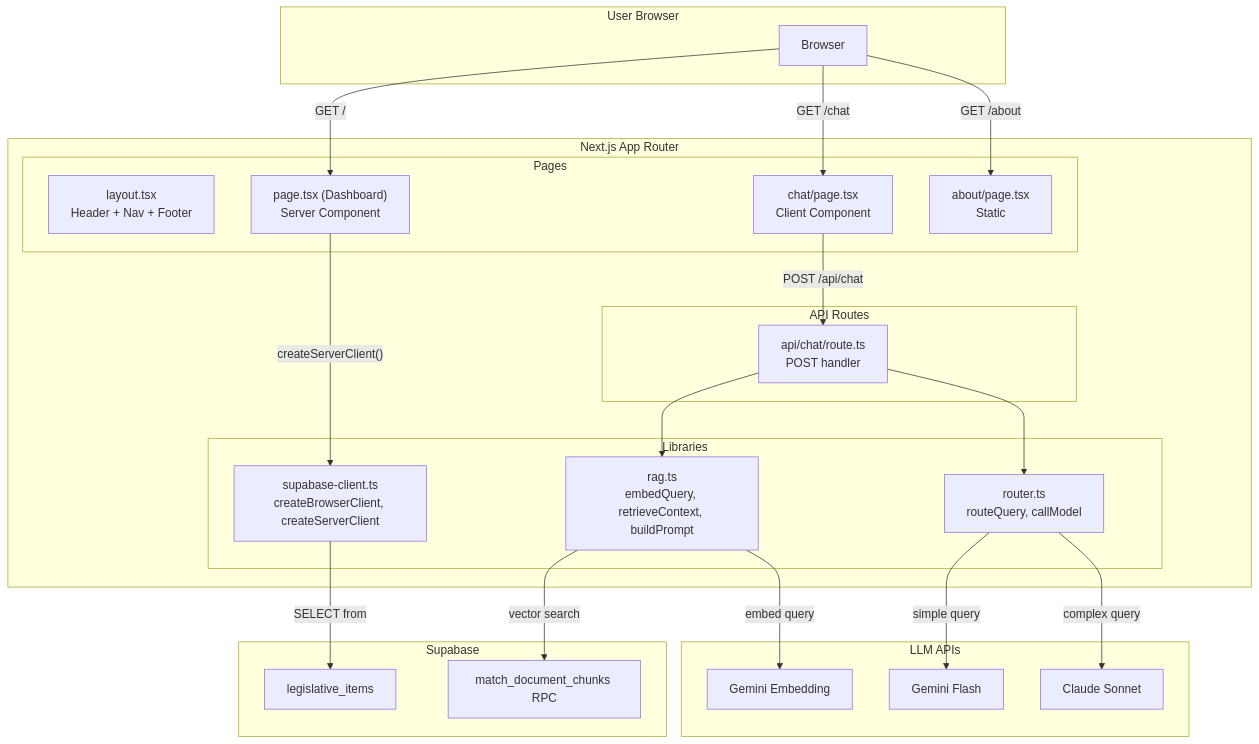
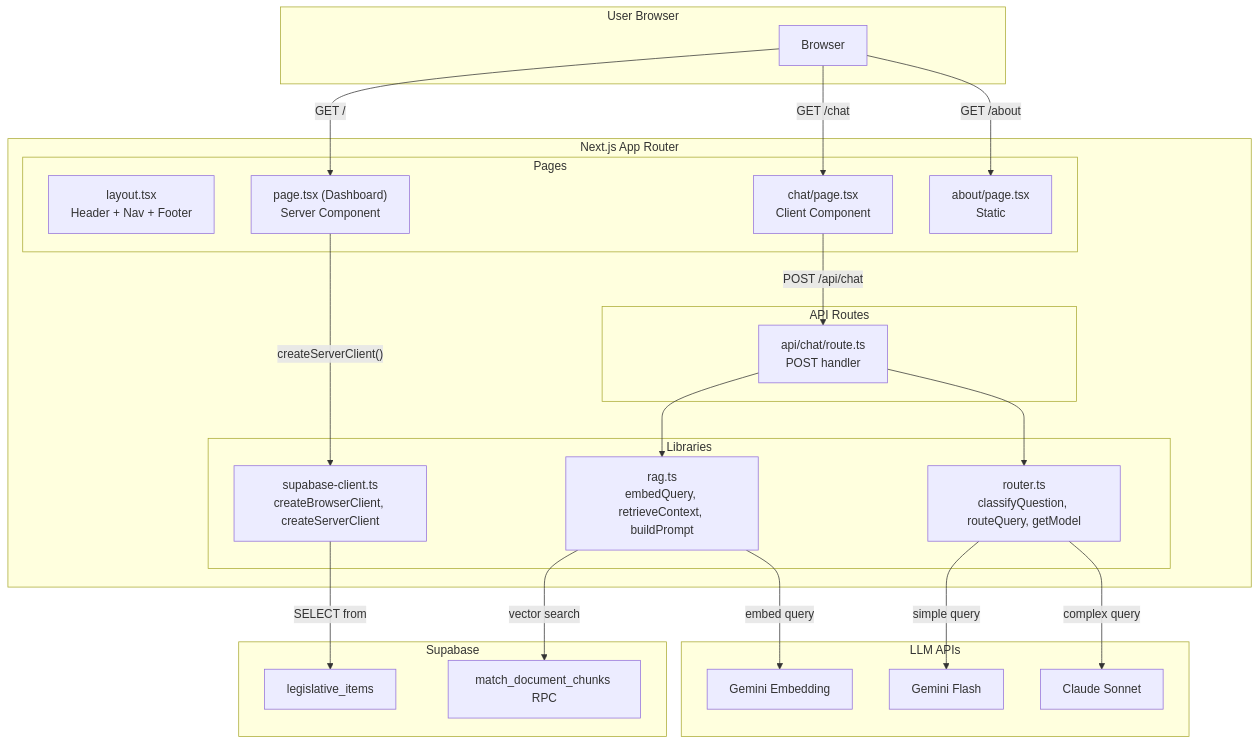
Before and after one commit to t0sche/civic-lens: the fourth of 7 diagrams in docs/LOGIC_FLOW.md, drawn with Mermaid. The commit also changed other lines of this file and 7 other files, not shown here.

````diff
--- a/docs/LOGIC_FLOW.md
+++ b/docs/LOGIC_FLOW.md
@@ -425,51 +425,51 @@
 ```mermaid
 flowchart TB
     subgraph User["User Browser"]
         BROWSER[Browser]
     end
 
     subgraph NextJS["Next.js App Router"]
         subgraph Pages["Pages"]
             LAYOUT["layout.tsx<br/>Header + Nav + Footer"]
             DASH_PAGE["page.tsx (Dashboard)<br/>Server Component"]
             CHAT_PAGE["chat/page.tsx<br/>Client Component"]
             ABOUT["about/page.tsx<br/>Static"]
         end
 
         subgraph APIRoutes["API Routes"]
             CHAT_API["api/chat/route.ts<br/>POST handler"]
         end
 
         subgraph Lib["Libraries"]
             RAG["rag.ts<br/>embedQuery, retrieveContext, buildPrompt"]
-            ROUTER["router.ts<br/>routeQuery, callModel"]
+            ROUTER["router.ts<br/>classifyQuestion, routeQuery, getModel"]
             SB_CLIENT["supabase-client.ts<br/>createBrowserClient, createServerClient"]
         end
     end
 
     subgraph Supabase["Supabase"]
         LI_TABLE[legislative_items]
         RPC["match_document_chunks RPC"]
     end
 
     subgraph LLMs["LLM APIs"]
         GEMINI_E[Gemini Embedding]
         GEMINI_G[Gemini Flash]
         CLAUDE_S[Claude Sonnet]
     end
 
     BROWSER -->|"GET /"| DASH_PAGE
     BROWSER -->|"GET /chat"| CHAT_PAGE
     BROWSER -->|"GET /about"| ABOUT
 
     DASH_PAGE -->|"createServerClient()"| SB_CLIENT
     SB_CLIENT -->|"SELECT from"| LI_TABLE
 
     CHAT_PAGE -->|"POST /api/chat"| CHAT_API
     CHAT_API --> RAG
     RAG -->|"embed query"| GEMINI_E
     RAG -->|"vector search"| RPC
     CHAT_API --> ROUTER
     ROUTER -->|"simple query"| GEMINI_G
     ROUTER -->|"complex query"| CLAUDE_S
 ```
````
